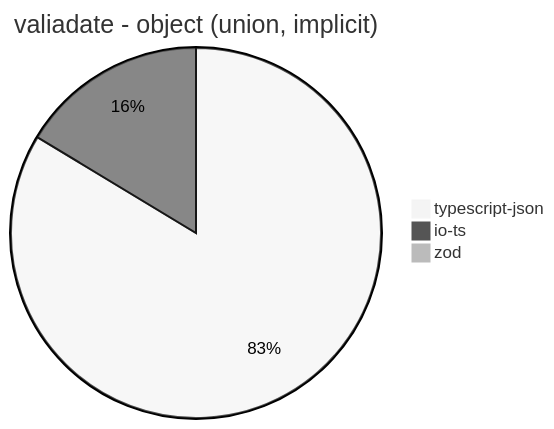
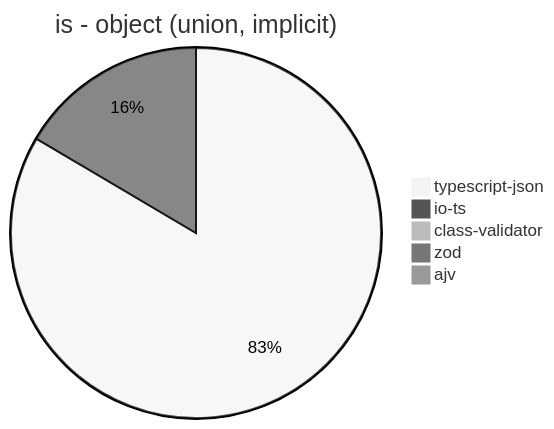
One commit to samchon/typia changed the fourth of 40 diagrams in benchmark/results/AMD Ryzen 9 5900HX with Radeon Graphics.md. Above: the diagram before and after it, drawn with Mermaid (neutral theme). The commit also changed other lines of this file and 2 other files, not shown here.

````diff
--- a/benchmark/results/AMD Ryzen 9 5900HX with Radeon Graphics.md
+++ b/benchmark/results/AMD Ryzen 9 5900HX with Radeon Graphics.md
@@ -45,6 +51,8 @@
 ```mermaid
-pie title valiadate - object (union, implicit)
-  "typescript-json": 4854.7965658827925
-  "io-ts": 948.8523405024398
-  "zod": 55.3072625698324
+pie title is - object (union, implicit)
+  "typescript-json": 16042.139384116694
+  "io-ts": 3173.1182795698924
+  "class-validator": 18.81224640354113
+  "zod": 54.62737000187723
+  "ajv": 0
 ```
````
